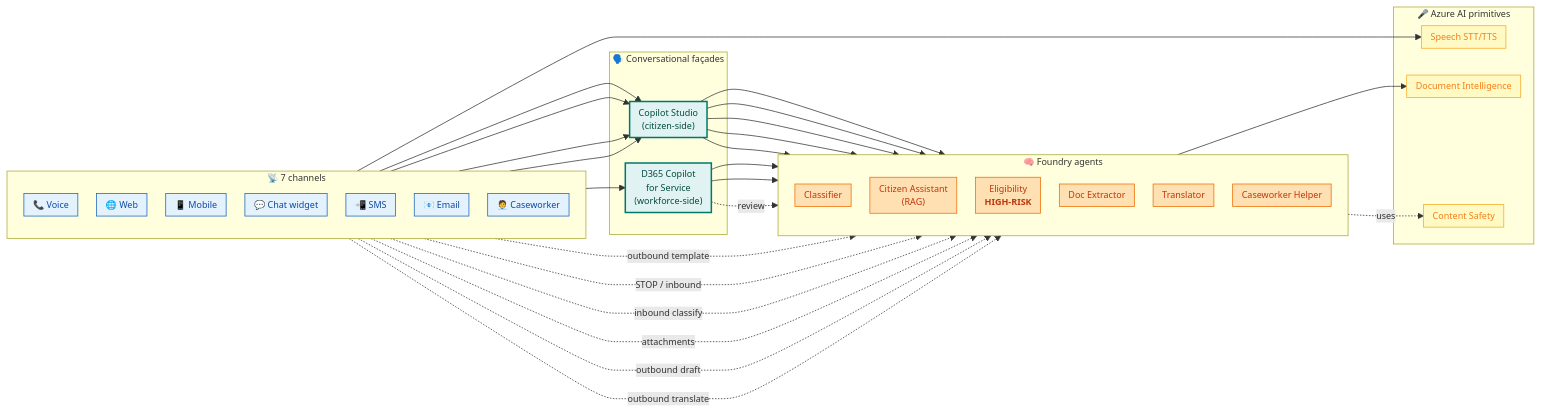
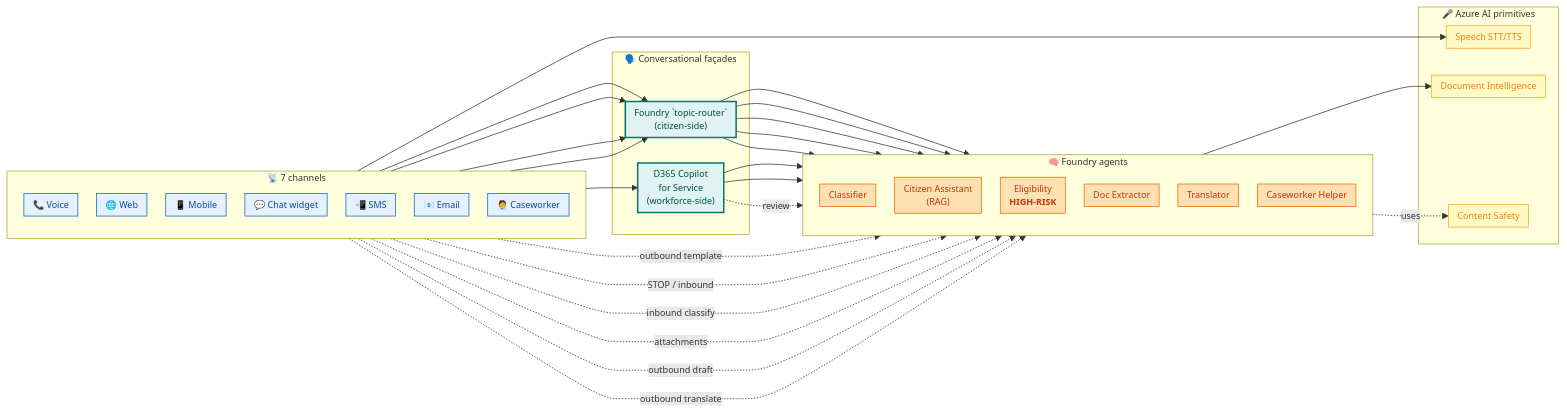
The third of 5 diagrams in docs/biz/ai.md (fredgis/UDCSP), drawn with Mermaid before and after one commit. The commit also changed other lines of this file and 193 other files, not shown here.

````diff
--- a/docs/biz/ai.md
+++ b/docs/biz/ai.md
@@ -429,71 +346,71 @@
 ```mermaid
 %%{ init: { 'flowchart': { 'nodeSpacing': 25, 'rankSpacing': 35, 'padding': 6 }, 'themeVariables': { 'fontSize': '12px' } } }%%
 flowchart LR
     subgraph CHANNELS["📡 7 channels"]
         direction TB
         VOX["📞 Voice"]
         WEB["🌐 Web"]
         MOB["📱 Mobile"]
         CHT["💬 Chat widget"]
         SMS["📲 SMS"]
         EMA["📧 Email"]
         CWK["🧑‍💼 Caseworker"]
     end
 
     subgraph FACADE["🗣️ Conversational façades"]
-        CS["Copilot Studio<br/>(citizen-side)"]
+        CS["Foundry `topic-router`<br/>(citizen-side)"]
         D365CS["D365 Copilot<br/>for Service<br/>(workforce-side)"]
     end
 
     subgraph BRAIN["🧠 Foundry agents"]
         direction TB
         CLS["Classifier"]
         AST["Citizen Assistant<br/>(RAG)"]
         ELI["Eligibility<br/><b>HIGH-RISK</b>"]
         DOC["Doc Extractor"]
         TRA["Translator"]
         CWH["Caseworker Helper"]
     end
 
     subgraph AIPRIM["🎤 Azure AI primitives"]
         SPK["Speech STT/TTS"]
         DI["Document Intelligence"]
         SAFE["Content Safety"]
     end
 
     VOX --> SPK
     VOX --> CS
     WEB --> CS
     MOB --> CS
     CHT --> CS
     CS --> CLS
     CS --> AST
     CS --> ELI
     CS --> DOC
     CS --> TRA
 
     SMS -. "outbound template" .-> TRA
     SMS -. "STOP / inbound" .-> CLS
     EMA -. "inbound classify" .-> CLS
     EMA -. "attachments" .-> DOC
     EMA -. "outbound draft" .-> CWH
     EMA -. "outbound translate" .-> TRA
 
     CWK --> D365CS
     D365CS --> CWH
     D365CS --> TRA
     D365CS -. "review" .-> ELI
 
     BRAIN -. "uses" .-> SAFE
     DOC --> DI
 
     classDef chan fill:#E3F2FD,stroke:#1565C0,color:#0D47A1
     classDef facade fill:#E0F2F1,stroke:#00796B,color:#004D40,stroke-width:2px
     classDef brain fill:#FFE0B2,stroke:#EF6C00,color:#BF360C
     classDef prim fill:#FFF9C4,stroke:#F9A825,color:#F57F17
 
     class VOX,WEB,MOB,CHT,SMS,EMA,CWK chan
     class CS,D365CS facade
     class CLS,AST,ELI,DOC,TRA,CWH brain
     class SPK,DI,SAFE prim
 ```
````
